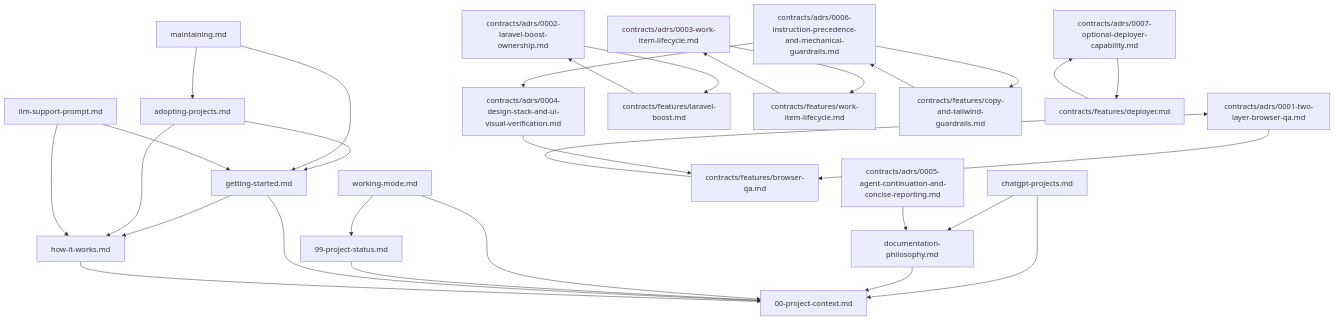
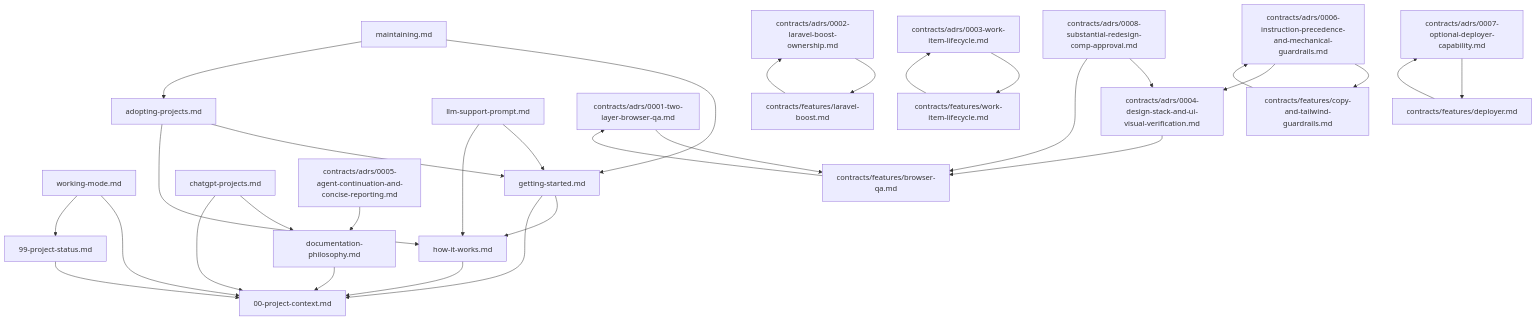
One commit to ConlinJoe/ai-platform changed the diagram in docs/README.md. Above: the diagram before and after it, drawn with Mermaid. The commit also changed other lines of this file and 15 other files, not shown here.

Commit message:
Require an approved project-local review comp before substantial UI redesigns.

````diff
--- a/docs/README.md
+++ b/docs/README.md
@@ -46,54 +47,57 @@
 ```mermaid
 flowchart TD
   context[00-project-context.md]
   workingMode[working-mode.md]
   status[99-project-status.md]
   gettingStarted[getting-started.md]
   howItWorks[how-it-works.md]
   adopting[adopting-projects.md]
   maintaining[maintaining.md]
   llmSupport[llm-support-prompt.md]
   philosophy[documentation-philosophy.md]
   chatgpt[chatgpt-projects.md]
   browserAdr[contracts/adrs/0001-two-layer-browser-qa.md]
   boostAdr[contracts/adrs/0002-laravel-boost-ownership.md]
   workAdr[contracts/adrs/0003-work-item-lifecycle.md]
   designAdr[contracts/adrs/0004-design-stack-and-ui-visual-verification.md]
   continuationAdr[contracts/adrs/0005-agent-continuation-and-concise-reporting.md]
   guardrailAdr[contracts/adrs/0006-instruction-precedence-and-mechanical-guardrails.md]
   deployerAdr[contracts/adrs/0007-optional-deployer-capability.md]
+  compAdr[contracts/adrs/0008-substantial-redesign-comp-approval.md]
   browserQa[contracts/features/browser-qa.md]
   boost[contracts/features/laravel-boost.md]
   workItems[contracts/features/work-item-lifecycle.md]
   guardrails[contracts/features/copy-and-tailwind-guardrails.md]
   deployer[contracts/features/deployer.md]
 
   chatgpt --> philosophy
   chatgpt --> context
   philosophy --> context
   workingMode --> context
   workingMode --> status
   status --> context
   gettingStarted --> howItWorks
   gettingStarted --> context
   howItWorks --> context
   adopting --> gettingStarted
   adopting --> howItWorks
   maintaining --> gettingStarted
   maintaining --> adopting
   llmSupport --> gettingStarted
   llmSupport --> howItWorks
   continuationAdr --> philosophy
   browserAdr --> browserQa
   boostAdr --> boost
   workAdr --> workItems
   designAdr --> browserQa
   guardrailAdr --> guardrails
   guardrailAdr --> designAdr
   deployerAdr --> deployer
+  compAdr --> designAdr
+  compAdr --> browserQa
   browserQa --> browserAdr
   boost --> boostAdr
   workItems --> workAdr
   guardrails --> guardrailAdr
   deployer --> deployerAdr
 ```
````
